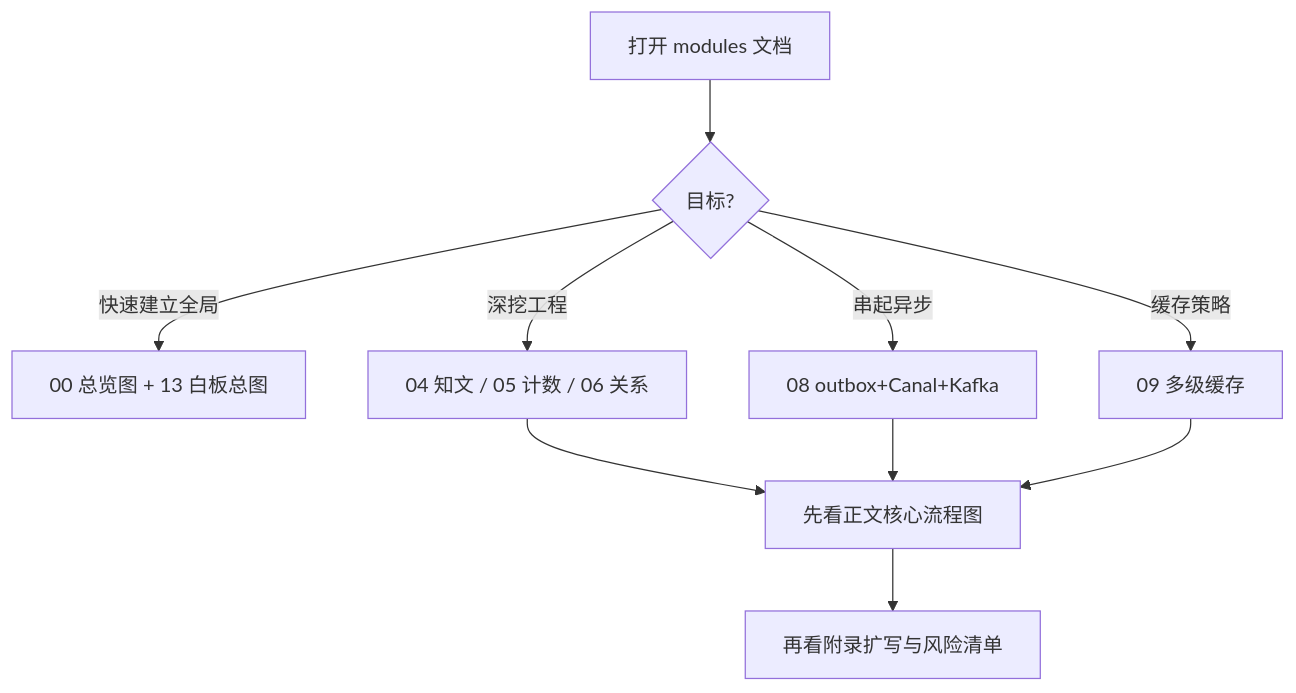
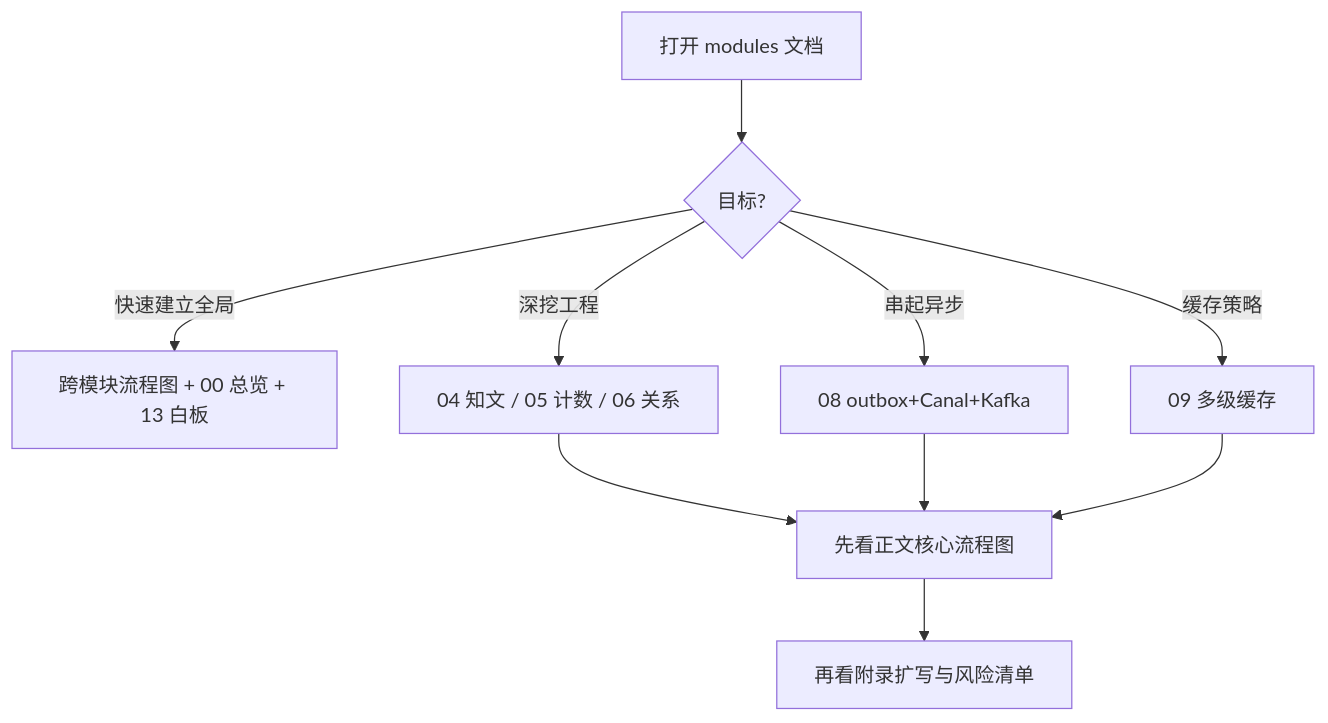
Before and after one commit to bitladykiller/zhiguang_go: the second of 5 diagrams in docs/modules/00-文档目录与面试导读.md, drawn with Mermaid. The commit also changed other lines of this file and 8 other files, not shown here.

First line of the commit message:
docs: 跨模块流程图与接线核对，统一 fanout/计数/异步表述

````diff
--- a/docs/modules/00-文档目录与面试导读.md
+++ b/docs/modules/00-文档目录与面试导读.md
@@ -96,12 +98,12 @@
 ```mermaid
 flowchart TD
     A[打开 modules 文档] --> B{目标?}
-    B -->|快速建立全局| C[00 总览图 + 13 白板总图]
+    B -->|快速建立全局| C[跨模块流程图 + 00 总览 + 13 白板]
     B -->|深挖工程| D[04 知文 / 05 计数 / 06 关系]
     B -->|串起异步| E[08 outbox+Canal+Kafka]
     B -->|缓存策略| F[09 多级缓存]
     D --> G[先看正文核心流程图]
     E --> G
     F --> G
     G --> H[再看附录扩写与风险清单]
 ```
````
